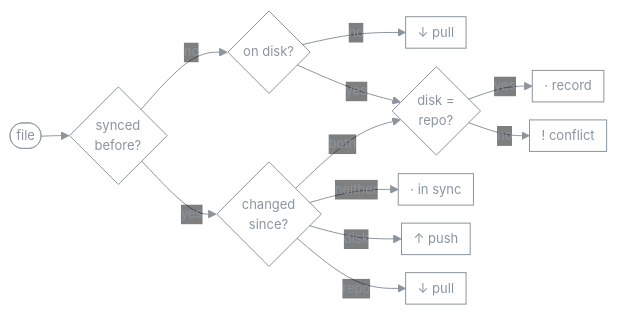
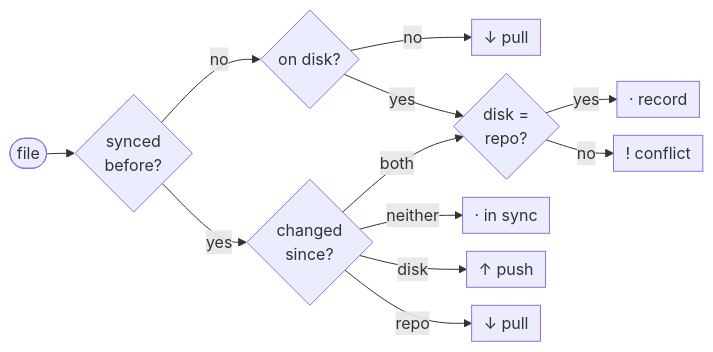
One commit to denomolo/dotsync changed the fourth of 4 diagrams in README.md. Above: the diagram before and after it, drawn with Mermaid. The commit also changed other lines of this file, not shown here.

First line of the commit message:
README: drop custom diagram theme, let GitHub match light/dark

````diff
--- a/README.md
+++ b/README.md
@@ -350,15 +350,15 @@
 ```mermaid
-%%{init: {"theme": "base", "themeVariables": {"background": "transparent", "primaryColor": "transparent", "mainBkg": "transparent", "secondaryColor": "transparent", "tertiaryColor": "transparent", "clusterBkg": "transparent", "edgeLabelBackground": "transparent", "primaryBorderColor": "#8b949e", "lineColor": "#8b949e", "primaryTextColor": "#8b949e", "textColor": "#8b949e", "fontSize": "13px"}, "themeCSS": ".edgeLabel, .edgeLabel p, .edgeLabel span, .labelBkg { background-color: transparent !important; } .edgeLabel rect { fill: transparent !important; }", "flowchart": {"nodeSpacing": 18, "rankSpacing": 28, "padding": 6, "diagramPadding": 4}}}%%
+%%{init: {"flowchart": {"nodeSpacing": 18, "rankSpacing": 28, "padding": 6, "diagramPadding": 4}}}%%
 flowchart LR
     f(["file"]) --> known{"synced<br/>before?"}
     known -- no --> ondisk{"on disk?"}
     ondisk -- no --> pullnew["↓ pull"]
     ondisk -- yes --> same
     known -- yes --> changed{"changed<br/>since?"}
     changed -- neither --> nothing["· in sync"]
     changed -- disk --> push["↑ push"]
     changed -- repo --> pull["↓ pull"]
     changed -- both --> same{"disk =<br/>repo?"}
     same -- yes --> rec["· record"]
     same -- no --> conf["! conflict"]
 ```
````
